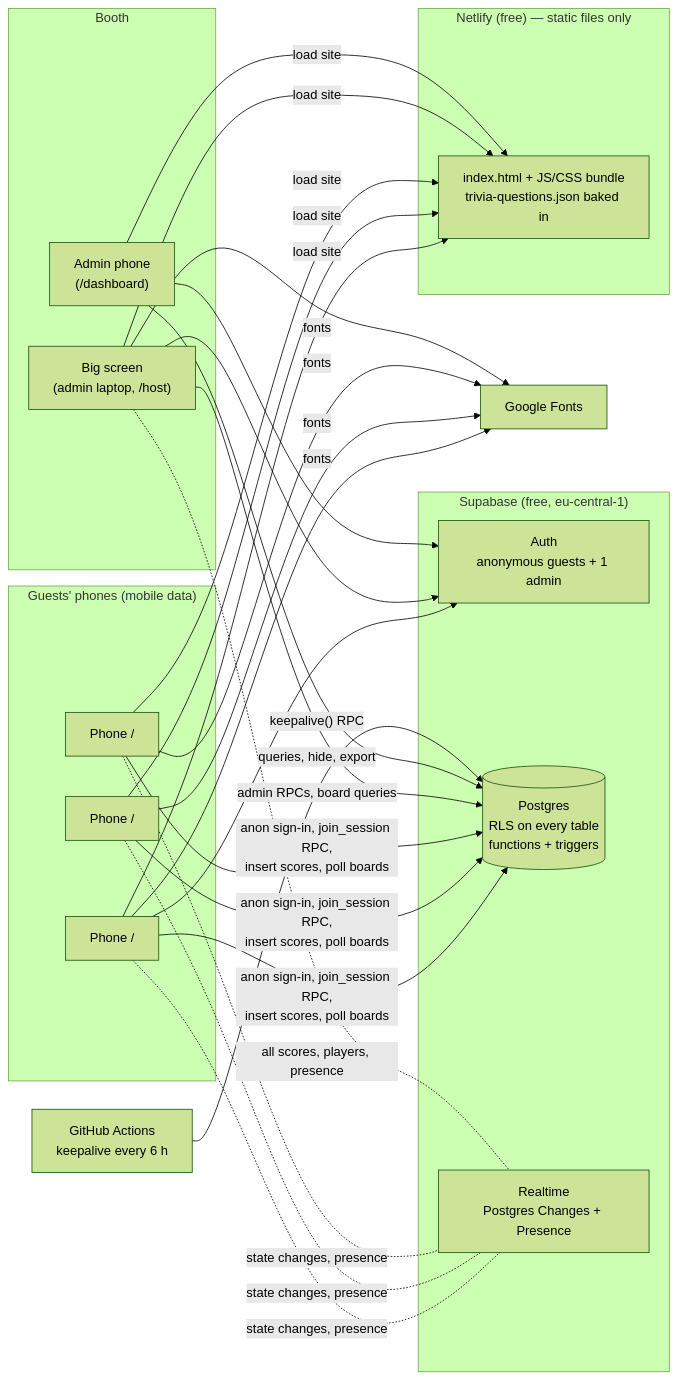
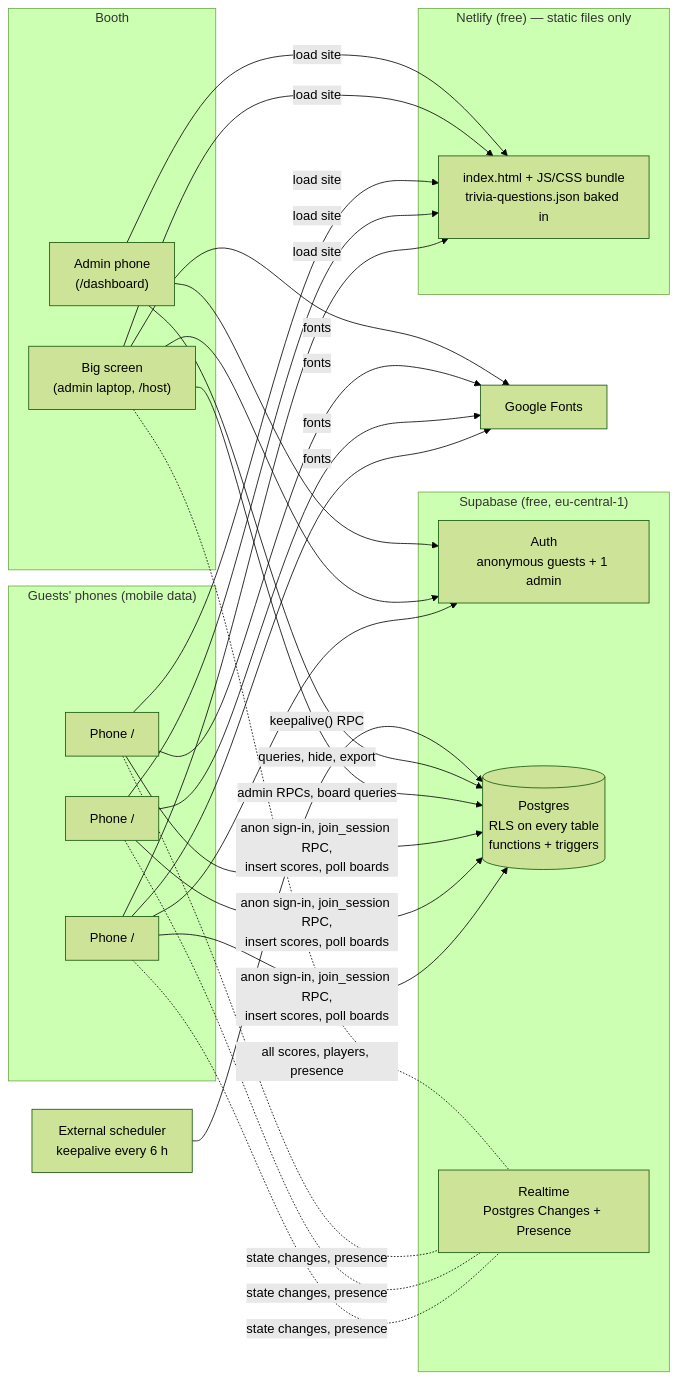
One commit to Talaljaber/GDG changed the first of 4 diagrams in docs/ARCHITECTURE.md. Above: the diagram before and after it, drawn with Mermaid (forest theme). The commit also changed other lines of this file and 7 other files, not shown here.

Commit message:
docs: no GitHub Actions; keepalive via an external scheduler (ADR-031 changed, ADR-128 superseded)

````diff
--- a/docs/ARCHITECTURE.md
+++ b/docs/ARCHITECTURE.md
@@ -11,32 +11,32 @@
 ```mermaid
 flowchart LR
     subgraph Booth
         BS["Big screen<br/>(admin laptop, /host)"]
         AP["Admin phone<br/>(/dashboard)"]
     end
     subgraph Guests["Guests' phones (mobile data)"]
         P1["Phone /"]
         P2["Phone /"]
         P3["Phone /"]
     end
     subgraph Netlify["Netlify (free) — static files only"]
         SITE["index.html + JS/CSS bundle<br/>trivia-questions.json baked in"]
     end
     subgraph Supabase["Supabase (free, eu-central-1)"]
         AUTH["Auth<br/>anonymous guests + 1 admin"]
         DB[("Postgres<br/>RLS on every table<br/>functions + triggers")]
         RT["Realtime<br/>Postgres Changes + Presence"]
     end
     GF["Google Fonts"]
-    GH["GitHub Actions<br/>keepalive every 6 h"]
+    GH["External scheduler<br/>keepalive every 6 h"]
 
     P1 & P2 & P3 & BS & AP -- "load site" --> SITE
     P1 & P2 & P3 & BS -- "fonts" --> GF
     P1 & P2 & P3 -- "anon sign-in, join_session RPC,<br/>insert scores, poll boards" --> DB
     P1 & P2 & P3 -. "state changes, presence" .- RT
     BS -- "admin RPCs, board queries" --> DB
     BS -. "all scores, players, presence" .- RT
     AP -- "queries, hide, export" --> DB
     P1 & BS & AP --> AUTH
     GH -- "keepalive() RPC" --> DB
 ```
````
